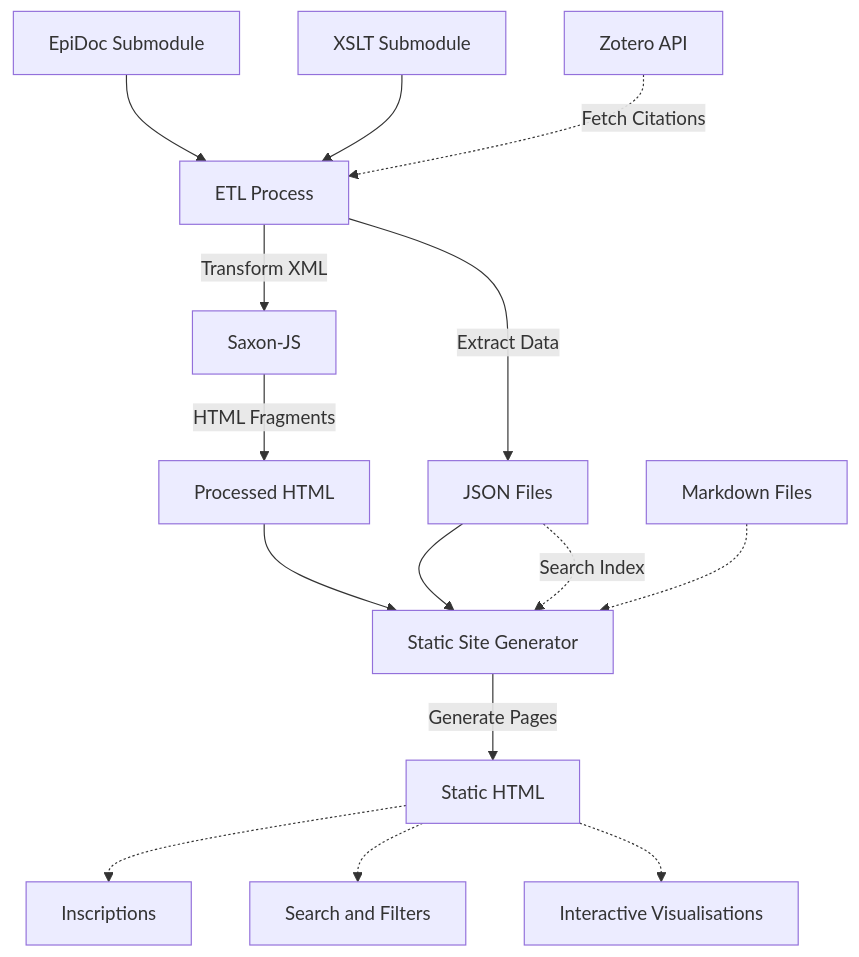
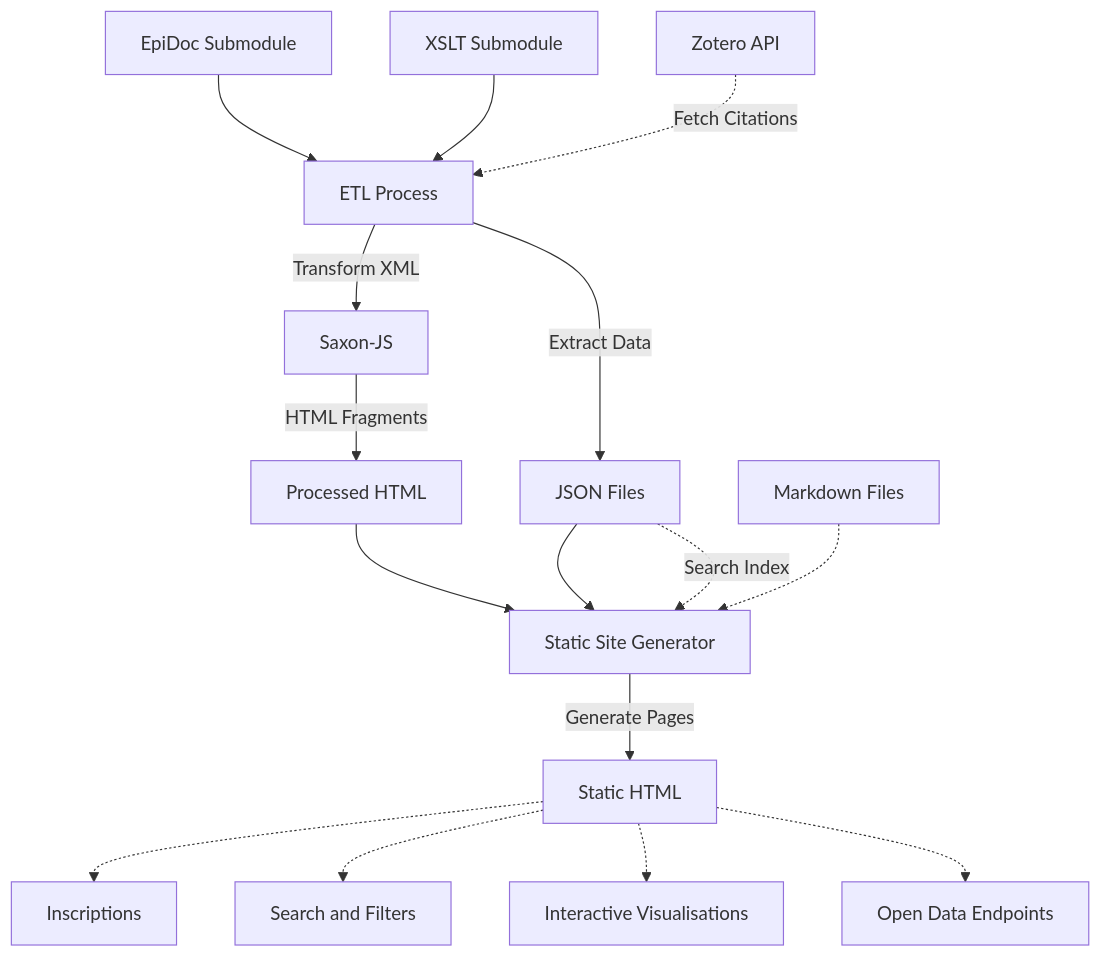
The diagram in README.md (kingsdigitallab/corpus-building), drawn with Mermaid before and after one commit.

Commit message:
docs(readme): Add open data endpoints to workflow diagram

````diff
--- a/README.md
+++ b/README.md
@@ -26,17 +26,18 @@
 ```mermaid
 graph TD
 A[EpiDoc Submodule] --> B[ETL Process]
 X[XSLT Submodule] --> B
 Z[Zotero API] -.->|Fetch Citations| B
 B -->|Transform XML| C[Saxon-JS]
 C -->|HTML Fragments| D[Processed HTML]
 B -->|Extract Data| E[JSON Files]
 D --> F[Static Site Generator]
 E --> F
 G[Markdown Files] -.-> F
 F -->|Generate Pages| H[Static HTML]
 E -.->|Search Index| F
 H -.-> I[Inscriptions]
 H -.-> K[Search and Filters]
 H -.-> J[Interactive Visualisations]
+H -.-> L[Open Data Endpoints]
 ```
````
